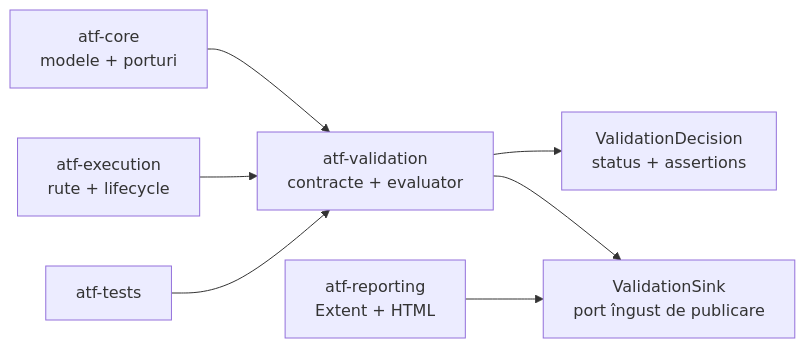
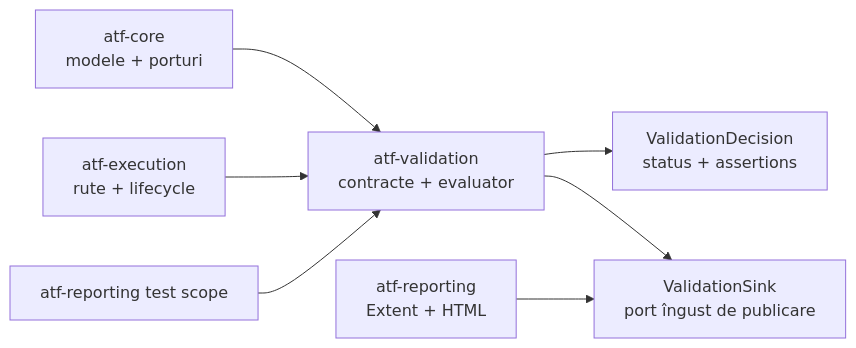
Before and after one commit to crististefanita/demo2: the first of 2 diagrams in atf-validation/README.md, drawn with Mermaid. The commit also changed other lines of this file and 647 other files, not shown here.

````diff
--- a/atf-validation/README.md
+++ b/atf-validation/README.md
@@ -14,9 +14,9 @@
 ```mermaid
 flowchart LR
     Core[atf-core<br/>modele + porturi] --> Validation[atf-validation<br/>contracte + evaluator]
     Execution[atf-execution<br/>rute + lifecycle] --> Validation
-    Tests[atf-tests] --> Validation
+    Tests[atf-reporting test scope] --> Validation
     Validation --> Decision[ValidationDecision<br/>status + assertions]
     Validation --> Sink[ValidationSink<br/>port îngust de publicare]
     Reporting[atf-reporting<br/>Extent + HTML] --> Sink
 ```
````
